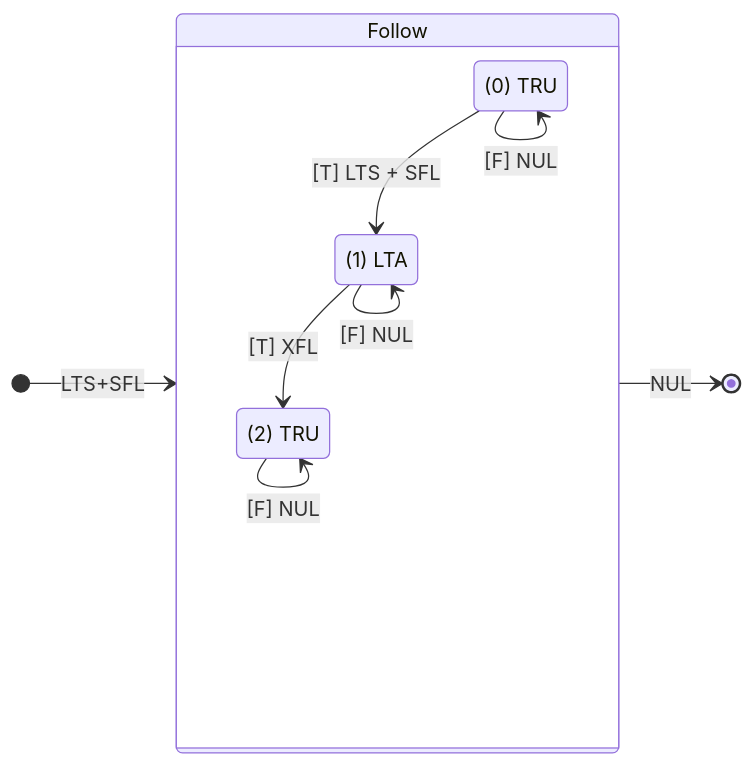
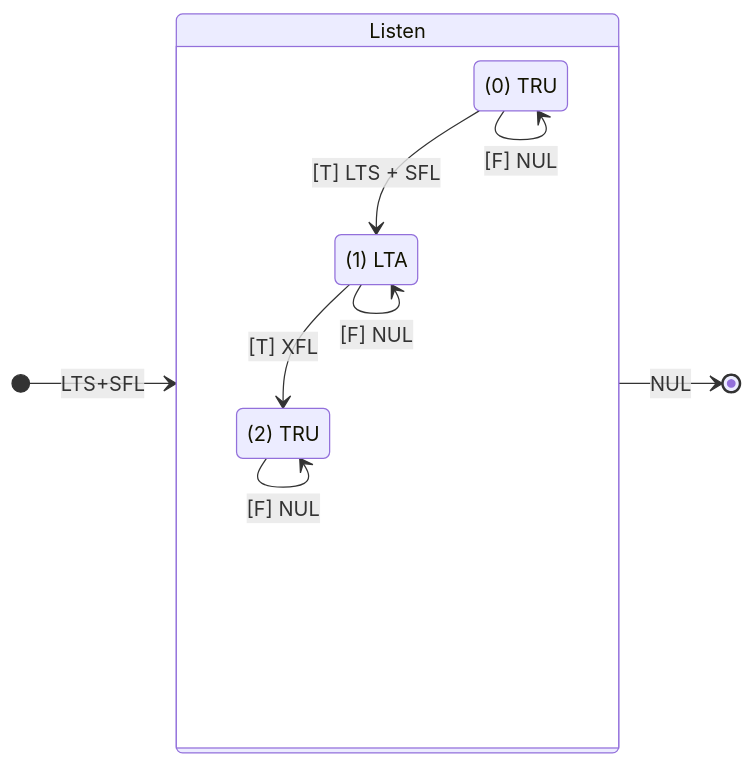
Before and after one commit to Darwin-River/Robotics: the first of 2 diagrams in Libraries/Code_Library/LineRacer.md, drawn with Mermaid. The commit also changed other lines of this file, not shown here.

Commit message:
Diagrammed the Follow state machine.

````diff
--- a/Libraries/Code_Library/LineRacer.md
+++ b/Libraries/Code_Library/LineRacer.md
@@ -39,21 +31,21 @@
 ```mermaid
 stateDiagram-v2
     direction LR
-    [*] --> Follow: LTS+SFL
-    Follow --> [*]: NUL
+    [*] --> Listen: LTS+SFL
+    Listen --> [*]: NUL
 
-    state Follow {
+    state Listen {
         direction TB
         0: (0) TRU
         0-->1: [T] LTS + SFL
         0-->0: [F] NUL
         
         1: (1) LTA
         1-->2: [T] XFL
         1-->1: [F] NUL
         
         2: (2) TRU
         2-->2: [T] NUL
         2-->2: [F] NUL
     }
 ```
````
